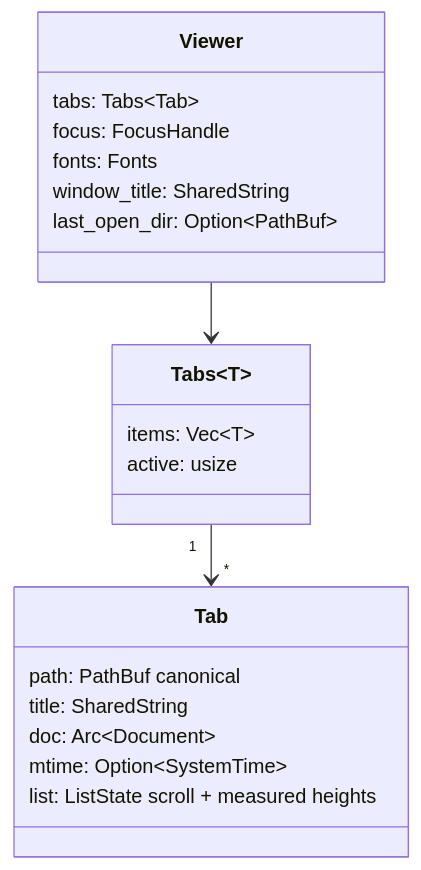
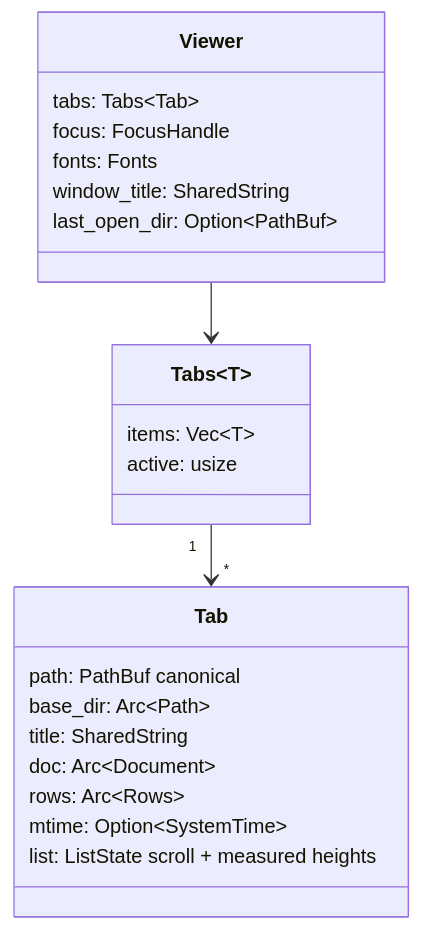
The third of 6 diagrams in docs/architecture.md (JorgeAgar/markdown-viewer-zed), drawn with Mermaid before and after one commit. The commit also changed other lines of this file and 10 other files, not shown here.

````diff
--- a/docs/architecture.md
+++ b/docs/architecture.md
@@ -149,23 +157,25 @@
 ```mermaid
 classDiagram
     class Viewer {
         tabs: Tabs~Tab~
         focus: FocusHandle
         fonts: Fonts
         window_title: SharedString
         last_open_dir: Option~PathBuf~
     }
     class Tab {
         path: PathBuf  canonical
+        base_dir: Arc~Path~
         title: SharedString
         doc: Arc~Document~
+        rows: Arc~Rows~
         mtime: Option~SystemTime~
         list: ListState  scroll + measured heights
     }
     class Tabs~T~ {
         items: Vec~T~
         active: usize
     }
     Viewer --> Tabs
     Tabs "1" --> "*" Tab
 ```
````
